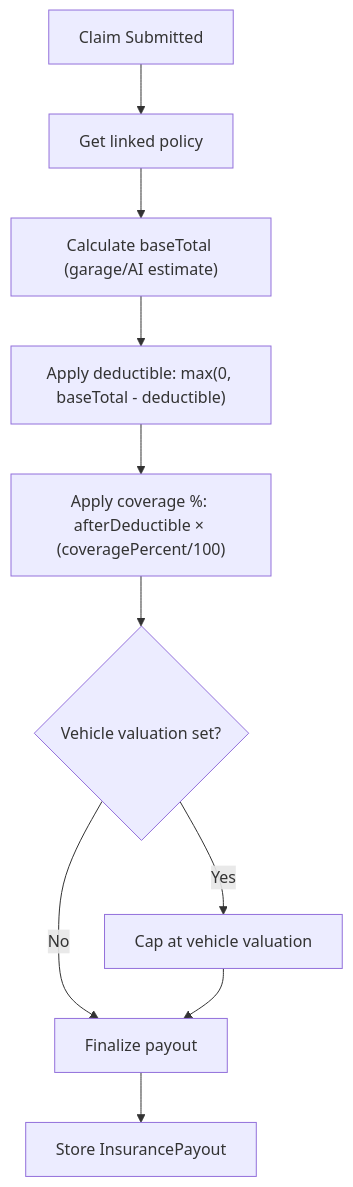
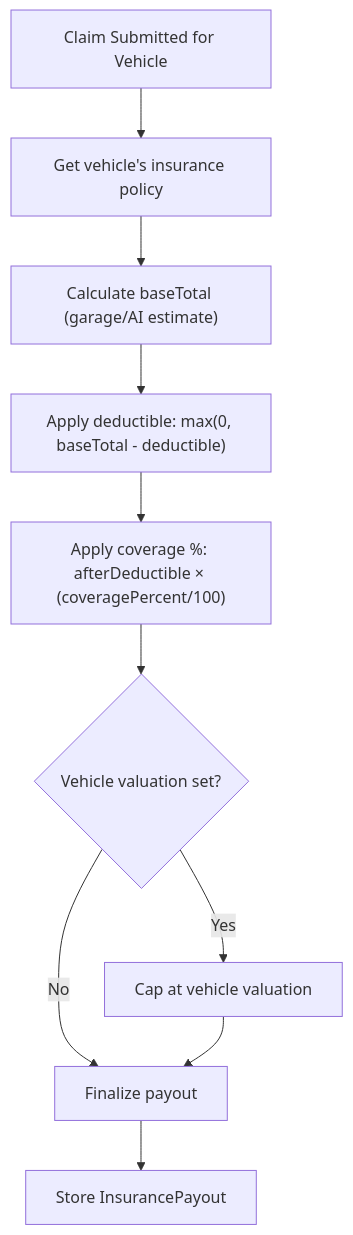
The seventh of 9 diagrams in .qoder/repowiki/en/content/Business Logic Layer/Policy Management System.md (NaveenHiranya/Smart-Vehicle-Insurance-Claim-System), drawn with Mermaid before and after one commit. The commit also changed other lines of this file and 21 other files, not shown here.

````diff
--- a/.qoder/repowiki/en/content/Business Logic Layer/Policy Management System.md
+++ b/.qoder/repowiki/en/content/Business Logic Layer/Policy Management System.md
@@ -272,12 +316,12 @@
 ```mermaid
 flowchart TD
-Claim["Claim Submitted"] --> GetPolicy["Get linked policy"]
+Claim["Claim Submitted for Vehicle"] --> GetPolicy["Get vehicle's insurance policy"]
 GetPolicy --> CalcBase["Calculate baseTotal (garage/AI estimate)"]
 CalcBase --> Deductible["Apply deductible: max(0, baseTotal - deductible)"]
 Deductible --> Coverage["Apply coverage %: afterDeductible × (coveragePercent/100)"]
 Coverage --> Cap{"Vehicle valuation set?"}
 Cap -- Yes --> CapCalc["Cap at vehicle valuation"]
 Cap -- No --> Finalize["Finalize payout"]
 CapCalc --> Finalize
 Finalize --> Store["Store InsurancePayout"]
 ```
````
